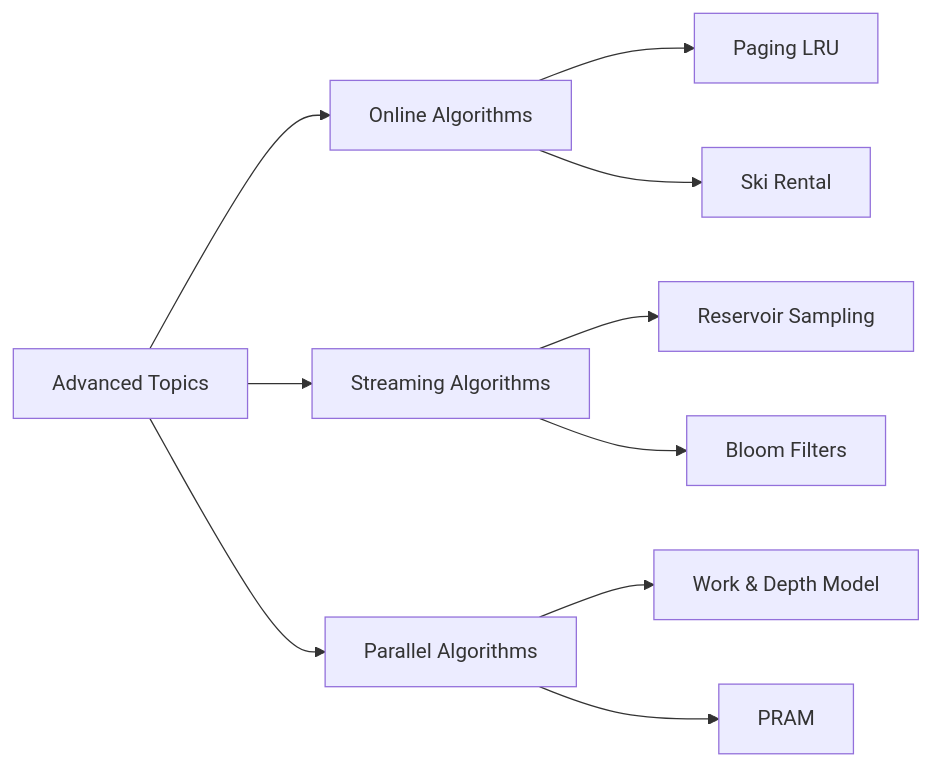
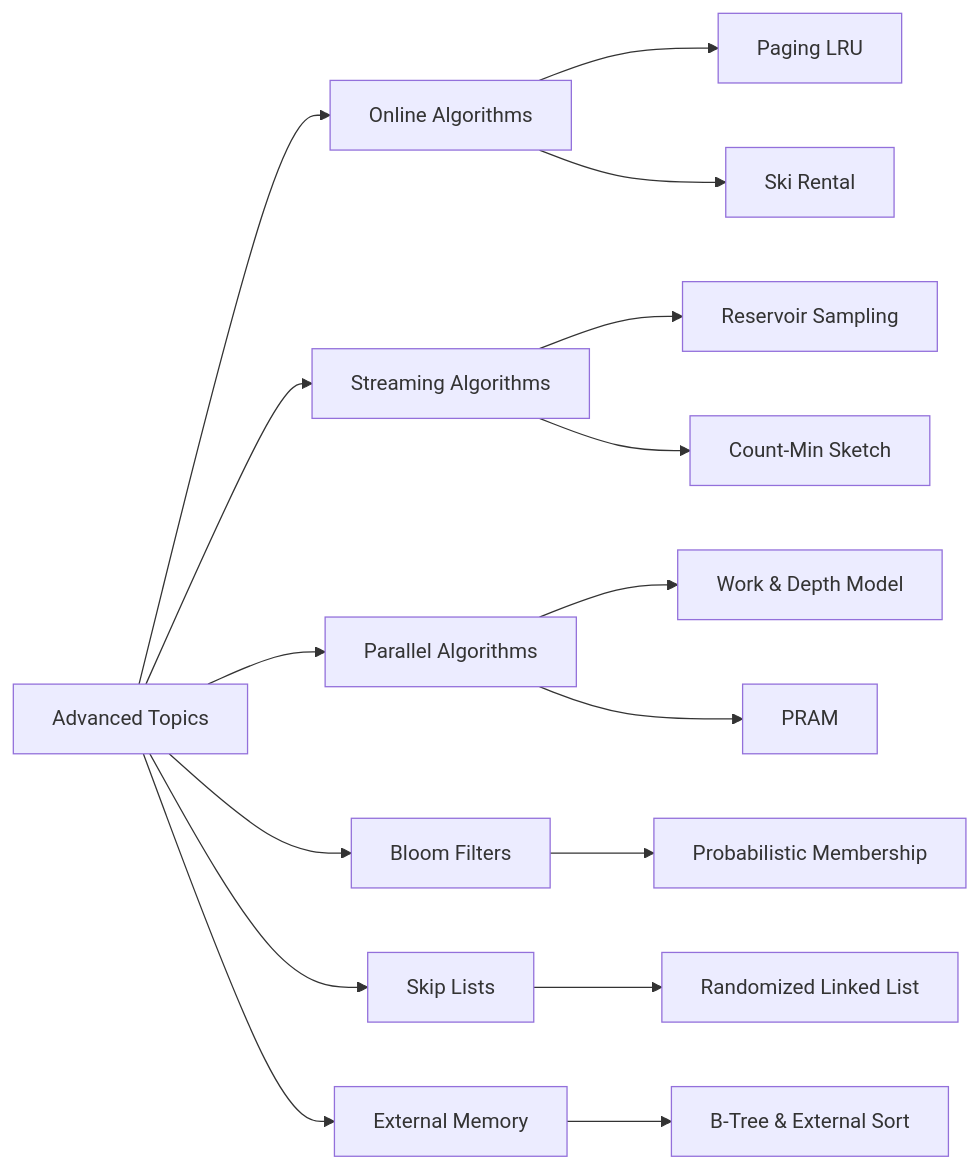
The diagram in docs/courses/algorithms/18-advanced.md (Raushan666java/ai-engineering-journey), drawn with Mermaid before and after one commit. The commit also changed other lines of this file and 17 other files, not shown here.

````diff
--- a/docs/courses/algorithms/18-advanced.md
+++ b/docs/courses/algorithms/18-advanced.md
@@ -29,12 +31,18 @@
 ```mermaid
 flowchart LR
     A[Advanced Topics] --> B[Online Algorithms]
     A --> C[Streaming Algorithms]
     A --> D[Parallel Algorithms]
-    B --> E[Paging LRU]
-    B --> F[Ski Rental]
-    C --> G[Reservoir Sampling]
-    C --> H[Bloom Filters]
-    D --> I[Work & Depth Model]
-    D --> J[PRAM]
+    A --> E[Bloom Filters]
+    A --> F[Skip Lists]
+    A --> G[External Memory]
+    B --> H[Paging LRU]
+    B --> I[Ski Rental]
+    C --> J[Reservoir Sampling]
+    C --> K[Count-Min Sketch]
+    D --> L[Work & Depth Model]
+    D --> M[PRAM]
+    E --> N[Probabilistic Membership]
+    F --> O[Randomized Linked List]
+    G --> P[B-Tree & External Sort]
 ```
````
